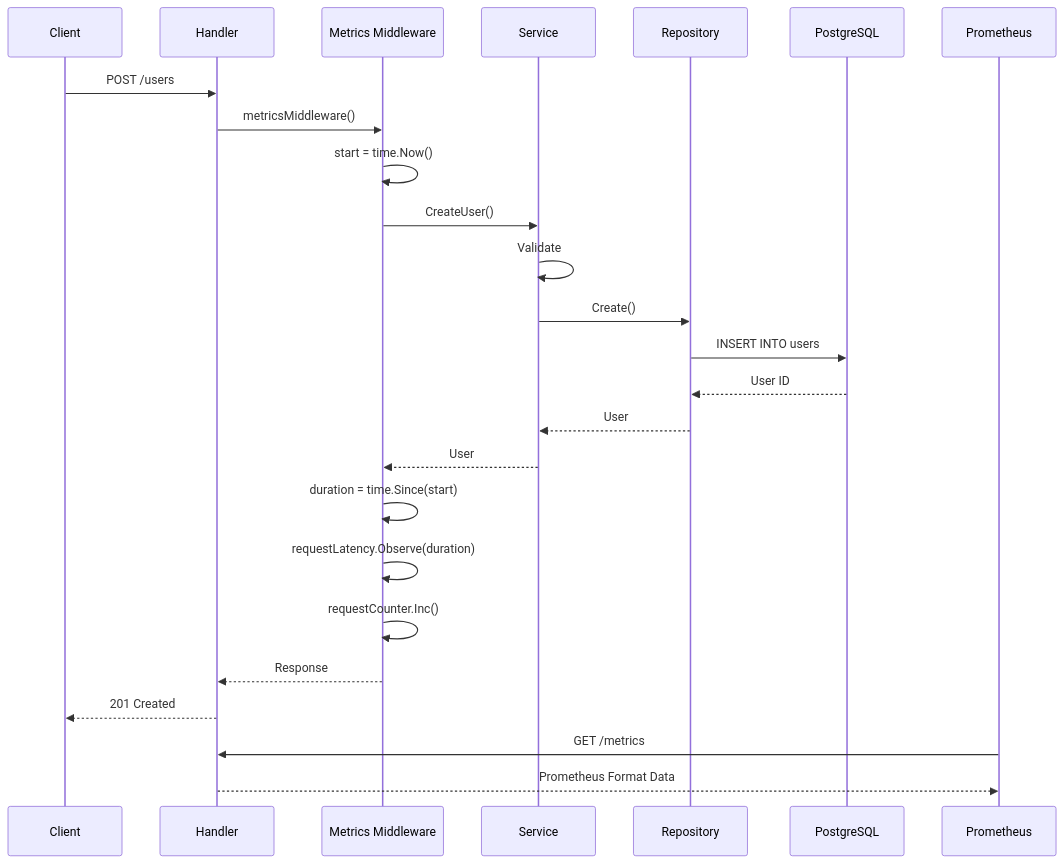
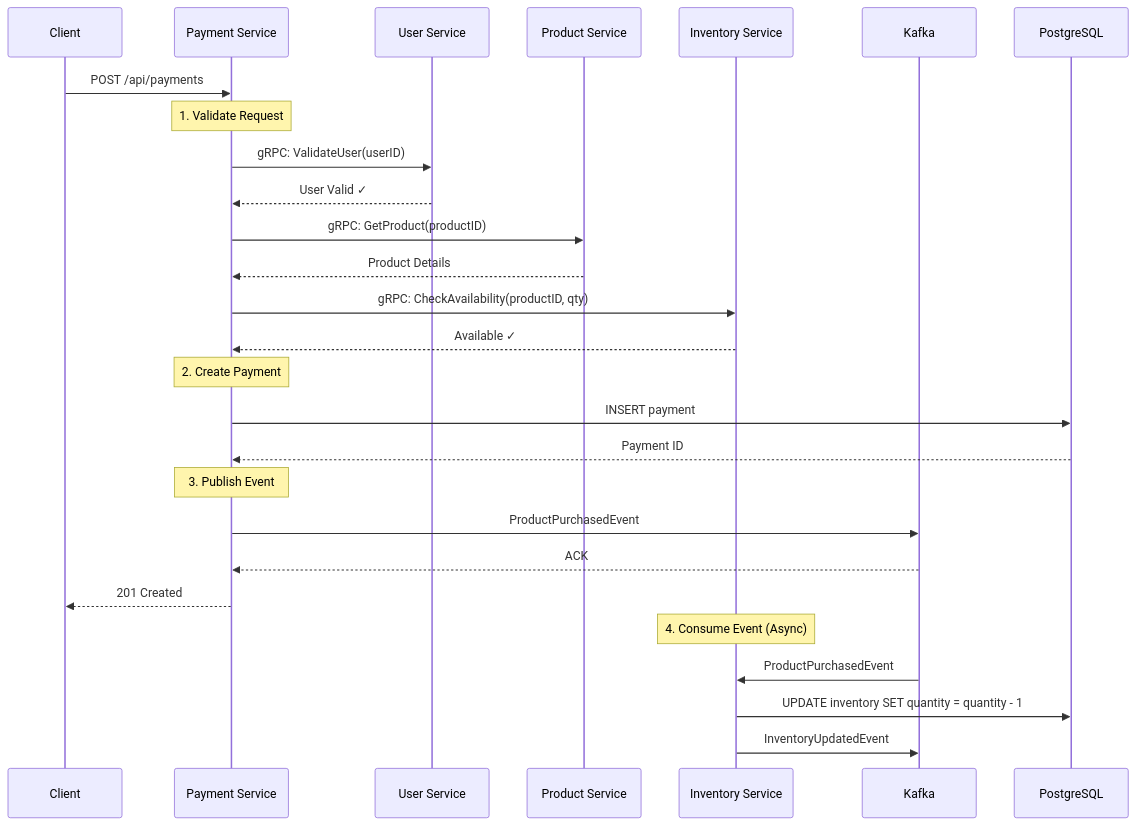
Before and after one commit to tiraten-bot/Full-Observability: the fourth of 28 diagrams in README.md, drawn with Mermaid. The commit also changed other lines of this file and 11 other files, not shown here.

Commit message:
refactor: overhaul README.md to enhance clarity and detail, including architecture diagrams, service responsibilities, and observability stack; remove outdated kubectl commands and namespace configurations from k8s directory to streamline setup process

````diff
--- a/README.md
+++ b/README.md
@@ -55,29 +150,37 @@
 ```mermaid
 sequenceDiagram
-    participant C as Client
-    participant H as Handler
-    participant M as Metrics Middleware
-    participant S as Service
-    participant R as Repository
+    participant Client
+    participant Payment as Payment Service
+    participant User as User Service
+    participant Product as Product Service
+    participant Inventory as Inventory Service
+    participant Kafka
     participant DB as PostgreSQL
-    participant P as Prometheus
-
-    C->>H: POST /users
-    H->>M: metricsMiddleware()
-    M->>M: start = time.Now()
-    M->>S: CreateUser()
-    S->>S: Validate
-    S->>R: Create()
-    R->>DB: INSERT INTO users
-    DB-->>R: User ID
-    R-->>S: User
-    S-->>M: User
-    M->>M: duration = time.Since(start)
-    M->>M: requestLatency.Observe(duration)
-    M->>M: requestCounter.Inc()
-    M-->>H: Response
-    H-->>C: 201 Created
     
-    P->>H: GET /metrics
-    H-->>P: Prometheus Format Data
+    Client->>Payment: POST /api/payments
+    
+    Note over Payment: 1. Validate Request
+    Payment->>User: gRPC: ValidateUser(userID)
+    User-->>Payment: User Valid ✓
+    
+    Payment->>Product: gRPC: GetProduct(productID)
+    Product-->>Payment: Product Details
+    
+    Payment->>Inventory: gRPC: CheckAvailability(productID, qty)
+    Inventory-->>Payment: Available ✓
+    
+    Note over Payment: 2. Create Payment
+    Payment->>DB: INSERT payment
+    DB-->>Payment: Payment ID
+    
+    Note over Payment: 3. Publish Event
+    Payment->>Kafka: ProductPurchasedEvent
+    Kafka-->>Payment: ACK
+    
+    Payment-->>Client: 201 Created
+    
+    Note over Inventory: 4. Consume Event (Async)
+    Kafka->>Inventory: ProductPurchasedEvent
+    Inventory->>DB: UPDATE inventory SET quantity = quantity - 1
+    Inventory->>Kafka: InventoryUpdatedEvent
 ```
````
